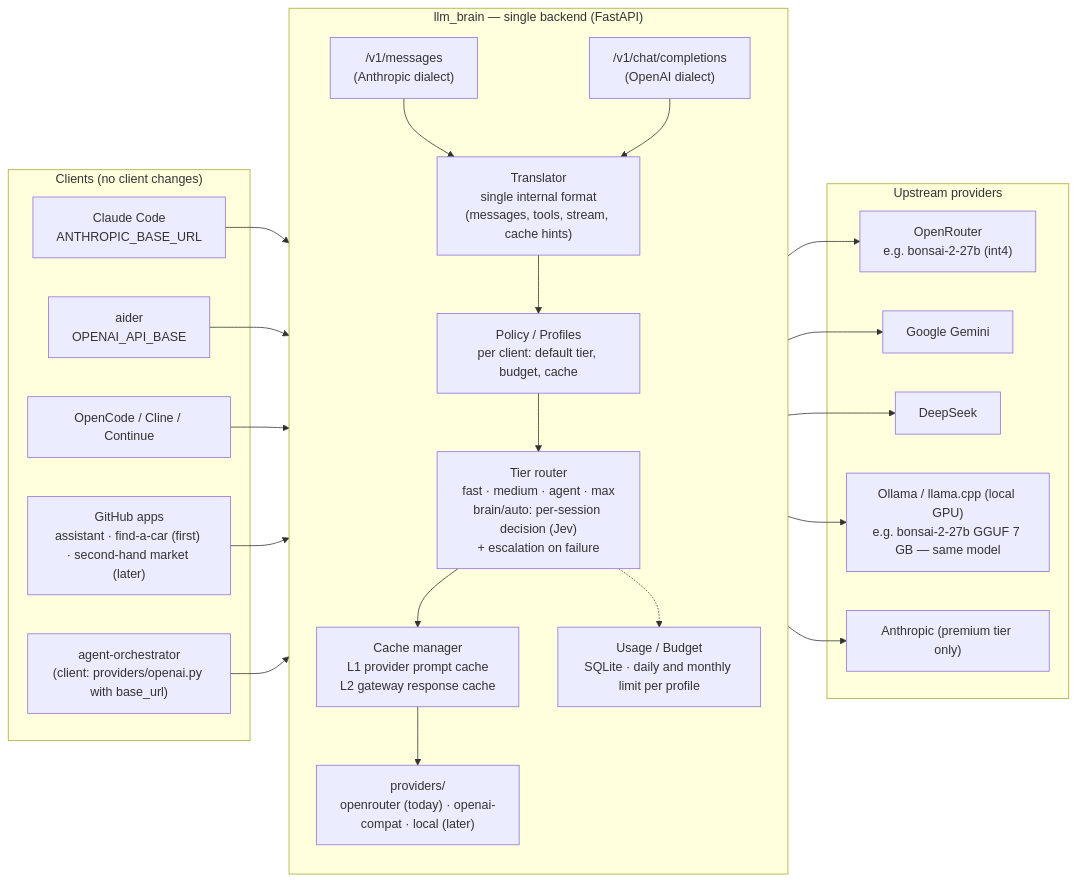
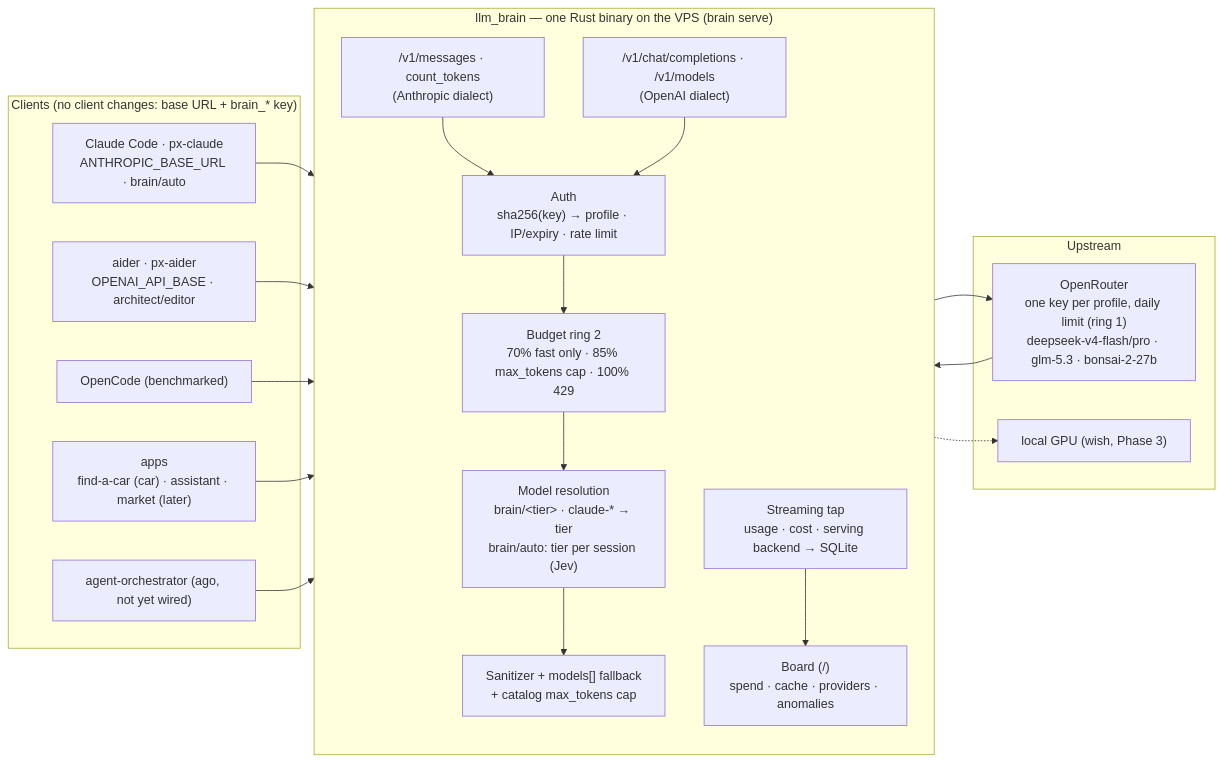
One commit to pjcau/llm_brain changed the diagram in diagrams/01-system-overview.mmd. Above: the diagram before and after it, drawn with Mermaid. The commit also changed 42 other files, not shown here.

```diff
--- a/diagrams/01-system-overview.mmd
+++ b/diagrams/01-system-overview.mmd
@@ -1,40 +1,31 @@
 flowchart LR
-    subgraph CLIENTS["Clients (no client changes)"]
-        CC["Claude Code<br/>ANTHROPIC_BASE_URL"]
-        AID["aider<br/>OPENAI_API_BASE"]
-        OC["OpenCode / Cline / Continue"]
-        APPS["GitHub apps<br/>assistant · find-a-car (first) · second-hand market (later)"]
-        AGO["agent-orchestrator<br/>(client: providers/openai.py with base_url)"]
+    subgraph CLIENTS["Clients (no client changes: base URL + brain_* key)"]
+        CC["Claude Code · px-claude<br/>ANTHROPIC_BASE_URL · brain/auto"]
+        AID["aider · px-aider<br/>OPENAI_API_BASE · architect/editor"]
+        OC["OpenCode (benchmarked)"]
+        APPS["apps<br/>find-a-car (car) · assistant · market (later)"]
+        AGO["agent-orchestrator (ago, not yet wired)"]
     end
 
-    subgraph BRAIN["llm_brain — single backend (FastAPI)"]
+    subgraph BRAIN["llm_brain — one Rust binary on the VPS (brain serve)"]
         direction TB
-        EP_A["/v1/messages<br/>(Anthropic dialect)"]
-        EP_O["/v1/chat/completions<br/>(OpenAI dialect)"]
-        TR["Translator<br/>single internal format<br/>(messages, tools, stream, cache hints)"]
-        POL["Policy / Profiles<br/>per client: default tier, budget, cache"]
-        RT["Tier router<br/>fast · medium · agent · max<br/>brain/auto: per-session decision (Jev)<br/>+ escalation on failure"]
-        CACHE["Cache manager<br/>L1 provider prompt cache<br/>L2 gateway response cache"]
-        USG["Usage / Budget<br/>SQLite · daily and monthly limit per profile"]
-        PV["providers/<br/>openrouter (today) · openai-compat · local (later)"]
+        EP_A["/v1/messages · count_tokens<br/>(Anthropic dialect)"]
+        EP_O["/v1/chat/completions · /v1/models<br/>(OpenAI dialect)"]
+        AUTH["Auth<br/>sha256(key) → profile · IP/expiry · rate limit"]
+        BUD["Budget ring 2<br/>70% fast only · 85% max_tokens cap · 100% 429"]
+        RT["Model resolution<br/>brain/&lt;tier&gt; · claude-* → tier<br/>brain/auto: tier per session (Jev)"]
+        SAN["Sanitizer + models[] fallback<br/>+ catalog max_tokens cap"]
+        TAP["Streaming tap<br/>usage · cost · serving backend → SQLite"]
+        BOARD["Board (/)<br/>spend · cache · providers · anomalies"]
     end
 
-    subgraph UPSTREAM["Upstream providers"]
-        OR["OpenRouter<br/>e.g. bonsai-2-27b (int4)"]
-        GG["Google Gemini"]
-        DS["DeepSeek"]
-        OL["Ollama / llama.cpp (local GPU)<br/>e.g. bonsai-2-27b GGUF 7 GB — same model"]
-        AN["Anthropic (premium tier only)"]
+    subgraph UPSTREAM["Upstream"]
+        OR["OpenRouter<br/>one key per profile, daily limit (ring 1)<br/>deepseek-v4-flash/pro · glm-5.3 · bonsai-2-27b"]
+        OL["local GPU (wish, Phase 3)"]
     end
 
     CC --> EP_A
-    AID --> EP_O
-    OC --> EP_O
-    APPS --> EP_O
-    AGO --> EP_O
-    EP_A --> TR
-    EP_O --> TR
-    TR --> POL --> RT
-    RT --> CACHE --> PV
-    RT -.-> USG
-    PV --> OR & GG & DS & OL & AN
+    AID & OC & APPS & AGO --> EP_O
+    EP_A & EP_O --> AUTH --> BUD --> RT --> SAN --> OR
+    OR --> TAP --> BOARD
+    SAN -.-> OL
```
